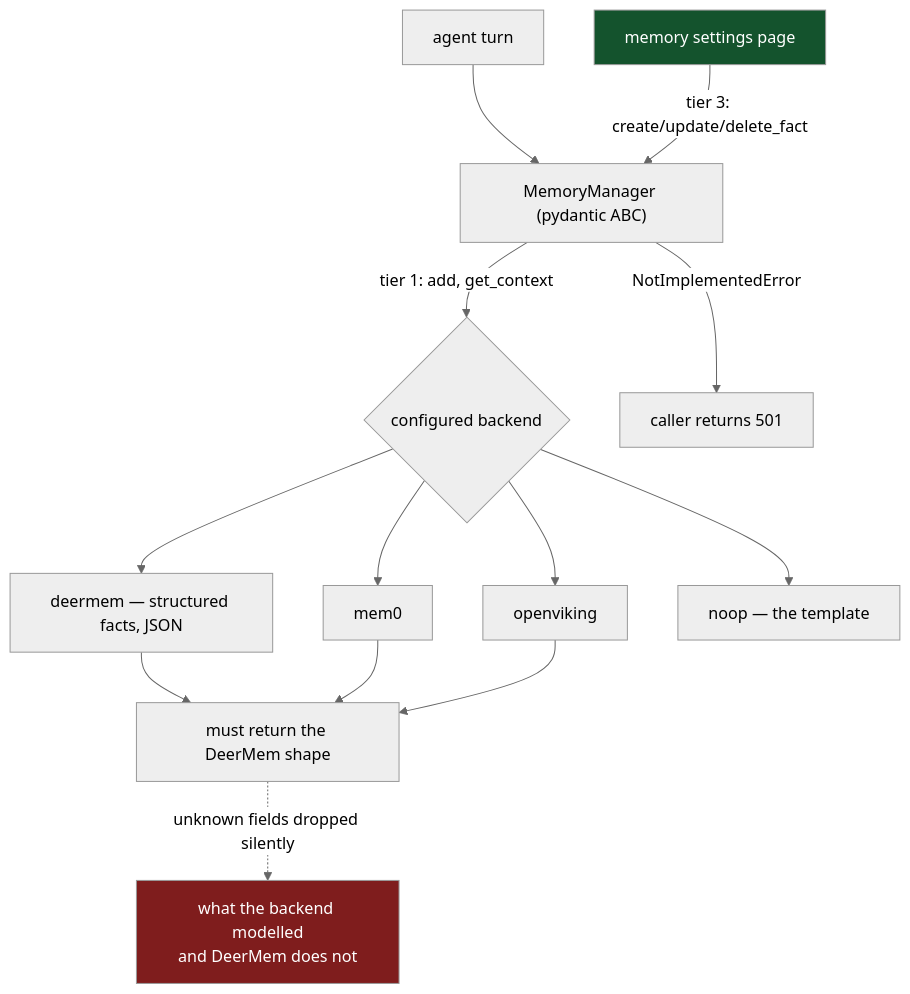
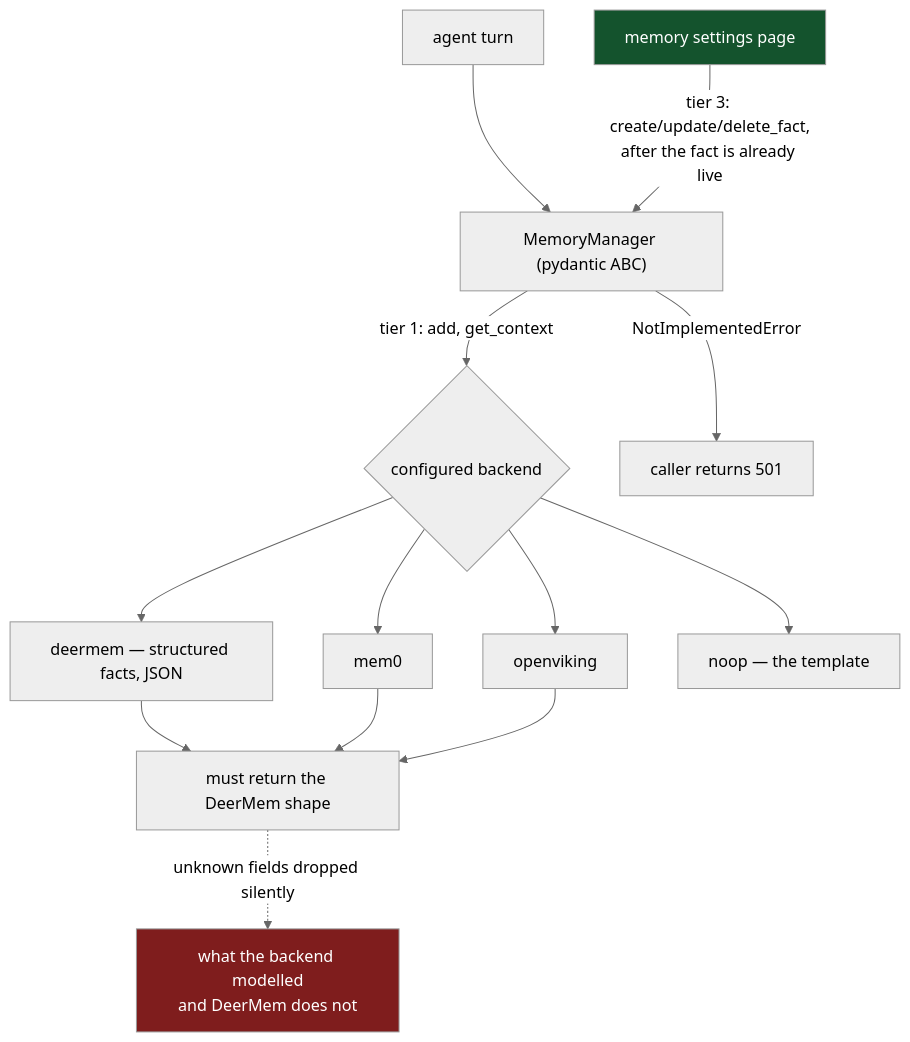
The diagram in content/systems/deer-flow.md (neoneye/agent-memory-atlas), drawn with Mermaid (neutral theme) before and after one commit. The commit also changed other lines of this file and 13 other files, not shown here.

First line of the commit message:
DeerFlow re-pinned at 34bbeb1: the settings page edits facts already in use, so human_review is withdrawn

````diff
--- a/content/systems/deer-flow.md
+++ b/content/systems/deer-flow.md
@@ -107,18 +106,18 @@
 ```mermaid
 %% caption: the contract is three tiers with the management tier defaulting to `NotImplementedError` and a 501, and every backend must return the DeerMem shape, so whatever it modelled beyond that is dropped silently
 flowchart TD
     A["agent turn"] --> M["MemoryManager (pydantic ABC)"]
     M -->|"tier 1: add, get_context"| B{"configured backend"}
     B --> DM["deermem — structured facts, JSON"]
     B --> M0["mem0"]
     B --> OV["openviking"]
     B --> NO["noop — the template"]
-    UI["memory settings page"] -->|"tier 3: create/update/delete_fact"| M
+    UI["memory settings page"] -->|"tier 3: create/update/delete_fact,<br/>after the fact is already live"| M
     M -->|"NotImplementedError"| R501["caller returns 501"]
     DM --> SHAPE["must return the DeerMem shape"]
     M0 --> SHAPE
     OV --> SHAPE
     SHAPE -.->|"unknown fields dropped silently"| LOSS["what the backend modelled<br/>and DeerMem does not"]
     style LOSS fill:#7f1d1d,color:#fff
     style UI fill:#14532d,color:#fff
 ```
````
